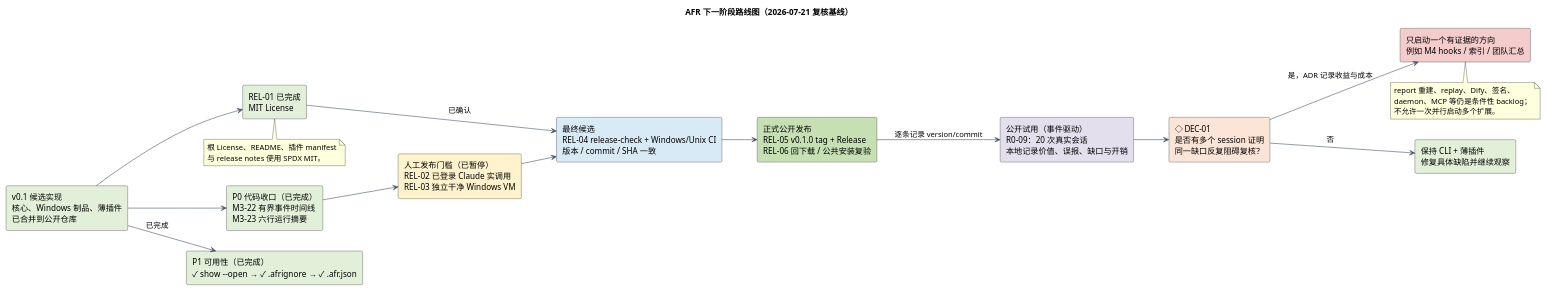
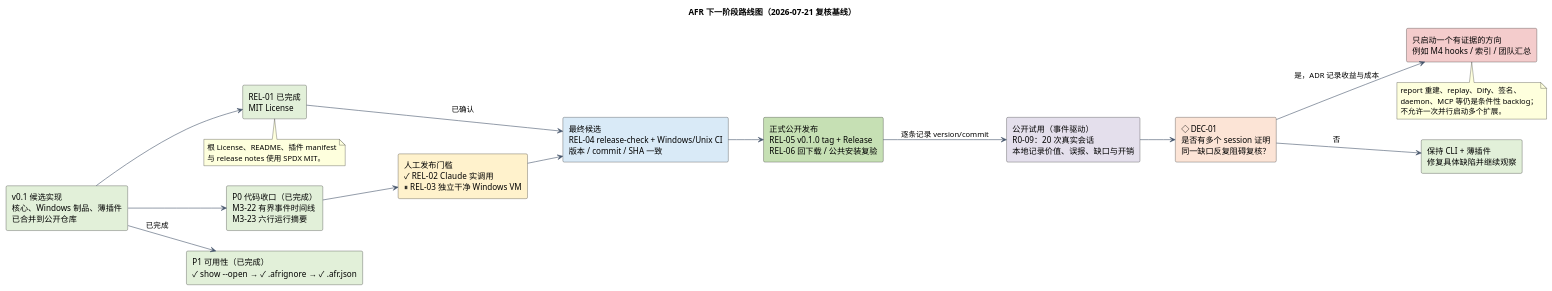
One commit to liao96312/agent-flight-recorder changed the tenth of 10 diagrams in docs/architecture.puml. Above: the diagram before and after it, drawn with PlantUML. The commit also changed 5 other files, not shown here.

```diff
--- a/docs/architecture.puml
+++ b/docs/architecture.puml
@@ -613,45 +613,45 @@
 @startuml AFR_10_Next_Roadmap
 title AFR 下一阶段路线图（2026-07-21 复核基线）
 
 skinparam backgroundColor #FFFFFF
 skinparam shadowing false
 skinparam defaultFontName Microsoft YaHei
 skinparam ArrowColor #44546A
 left to right direction
 
 rectangle "v0.1 候选实现\n核心、Windows 制品、薄插件\n已合并到公开仓库" as Candidate #E2F0D9
 rectangle "P0 代码收口（已完成）\nM3-22 有界事件时间线\nM3-23 六行运行摘要" as P0Close #E2F0D9
 rectangle "REL-01 已完成\nMIT License" as License #E2F0D9
-rectangle "人工发布门槛（已暂停）\nREL-02 已登录 Claude 实调用\nREL-03 独立干净 Windows VM" as Manual #FFF2CC
+rectangle "人工发布门槛\n✓ REL-02 Claude 实调用\n⏸ REL-03 独立干净 Windows VM" as Manual #FFF2CC
 rectangle "最终候选\nREL-04 release-check + Windows/Unix CI\n版本 / commit / SHA 一致" as RC #D9EAF7
 rectangle "正式公开发布\nREL-05 v0.1.0 tag + Release\nREL-06 回下载 / 公共安装复验" as Release #C6E0B4
 rectangle "P1 可用性（已完成）\n✓ show --open → ✓ .afrignore → ✓ .afr.json" as P1 #E2F0D9
 rectangle "公开试用（事件驱动）\nR0-09：20 次真实会话\n本地记录价值、误报、缺口与开销" as Pilot #E4DFEC
 rectangle "◇ DEC-01\n是否有多个 session 证明\n同一缺口反复阻碍复核？" as DataGate #FCE4D6
 rectangle "保持 CLI + 薄插件\n修复具体缺陷并继续观察" as Maintain #E2F0D9
 rectangle "只启动一个有证据的方向\n例如 M4 hooks / 索引 / 团队汇总" as OneDirection #F4CCCC
 
 Candidate --> P0Close
 Candidate --> License
 Candidate --> P1 : 已完成
 P0Close --> Manual
 Manual --> RC
 License --> RC : 已确认
 RC --> Release
 Release --> Pilot : 逐条记录 version/commit
 Pilot --> DataGate
 DataGate --> OneDirection : 是，ADR 记录收益与成本
 DataGate --> Maintain : 否
 
 note bottom of License
   根 License、README、插件 manifest
   与 release notes 使用 SPDX MIT。
 end note
 
 note bottom of OneDirection
   report 重建、replay、Dify、签名、
   daemon、MCP 等仍是条件性 backlog；
   不允许一次并行启动多个扩展。
 end note
 
 @enduml
```
